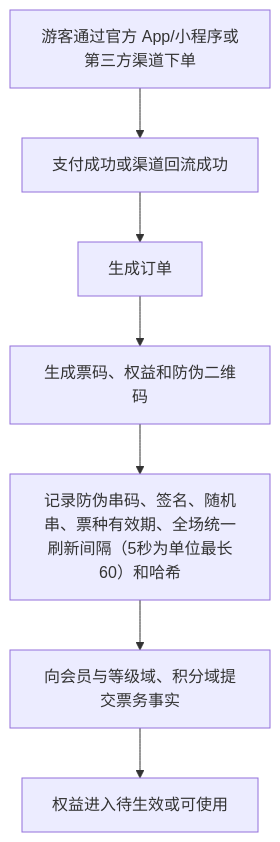
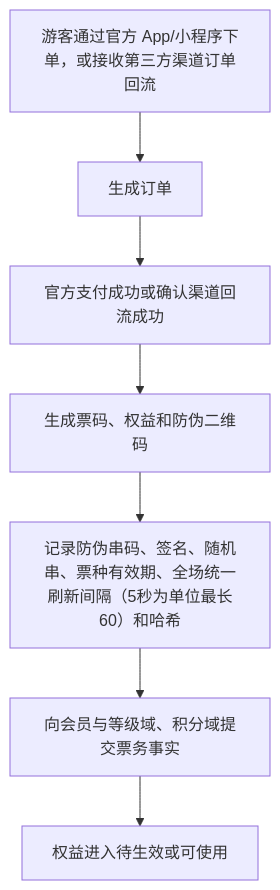
One commit to jxh1979/mall changed the second of 5 diagrams in docs/ticketing-entitlement-checkin-product-prd-v0.1.md. Above: the diagram before and after it, drawn with Mermaid. The commit also changed other lines of this file and 5 other files, not shown here.

````diff
--- a/docs/ticketing-entitlement-checkin-product-prd-v0.1.md
+++ b/docs/ticketing-entitlement-checkin-product-prd-v0.1.md
@@ -354,9 +364,9 @@
 ```mermaid
 flowchart TD
-  A["游客通过官方 App/小程序或第三方渠道下单"] --> B["支付成功或渠道回流成功"]
-  B --> C["生成订单"]
+  A["游客通过官方 App/小程序下单，或接收第三方渠道订单回流"] --> B["生成订单"]
+  B --> C["官方支付成功或确认渠道回流成功"]
   C --> D["生成票码、权益和防伪二维码"]
   D --> D1["记录防伪串码、签名、随机串、票种有效期、全场统一刷新间隔（5秒为单位最长60）和哈希"]
   D1 --> E["向会员与等级域、积分域提交票务事实"]
   E --> F["权益进入待生效或可使用"]
 ```
````
